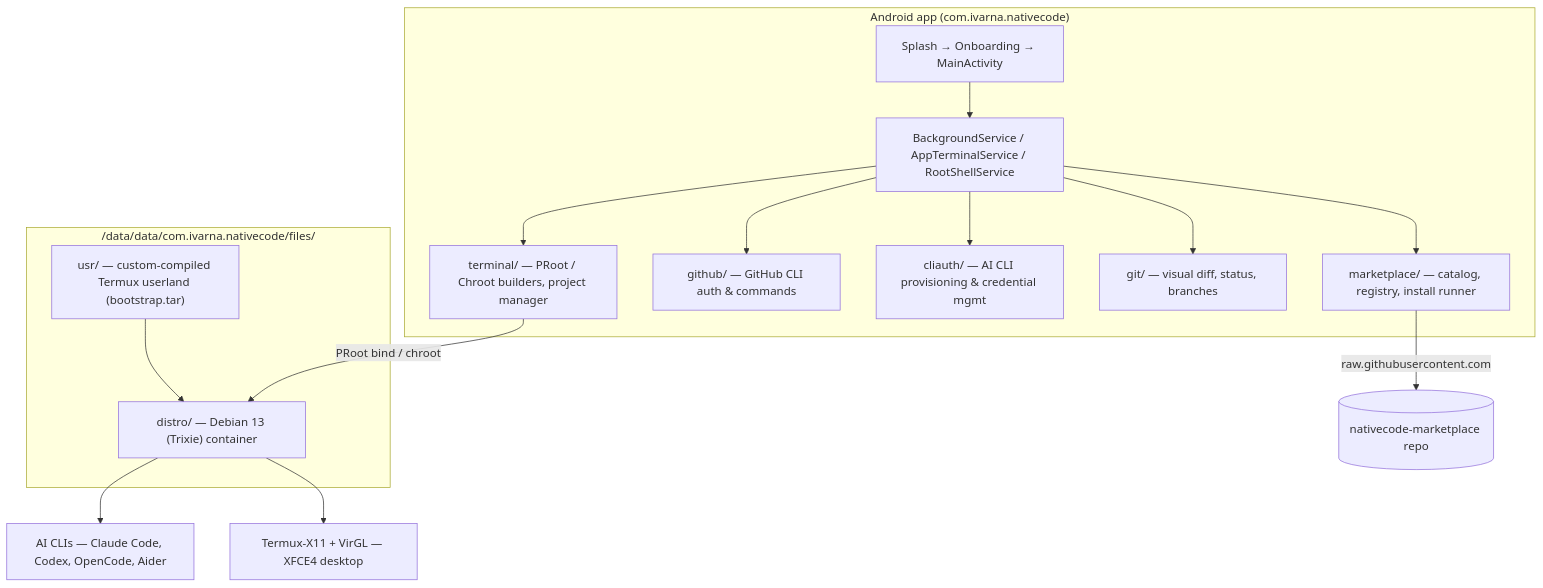
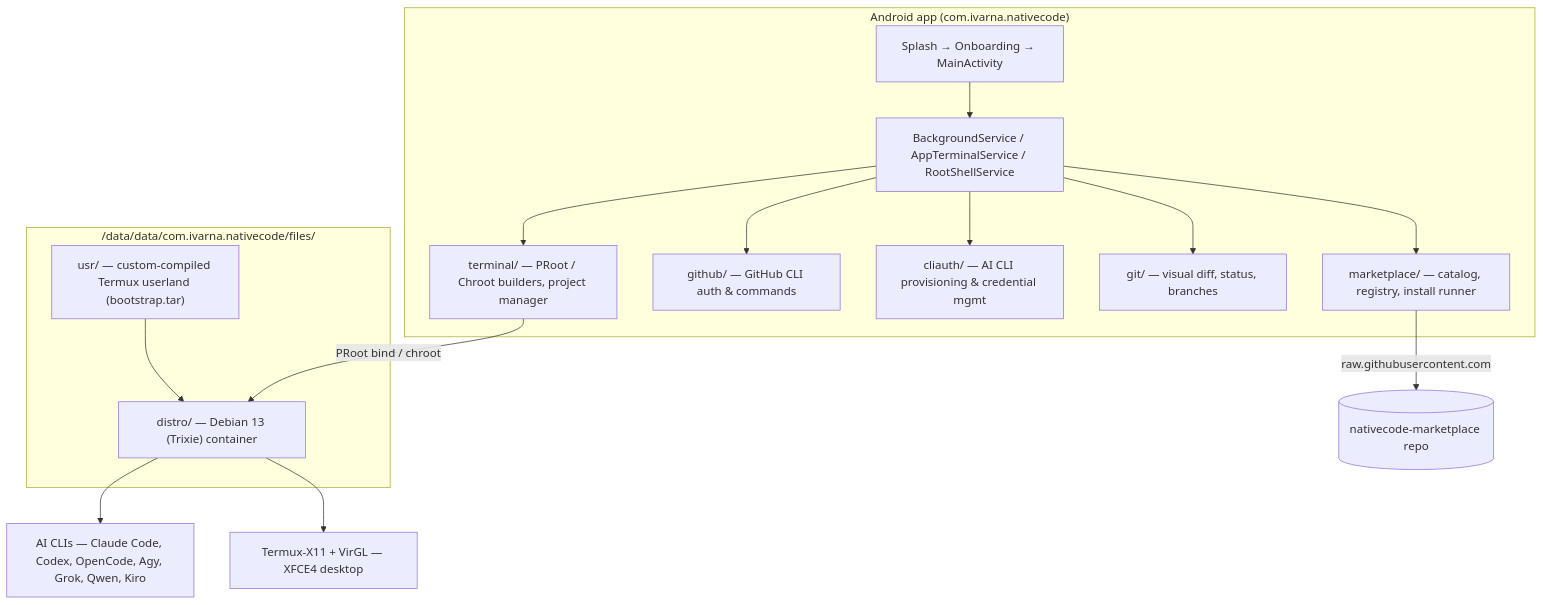
One commit to abhay-byte/nativecode-ai changed the diagram in README.md. Above: the diagram before and after it, drawn with Mermaid. The commit also changed other lines of this file and 31 other files, not shown here.

````diff
--- a/README.md
+++ b/README.md
@@ -77,23 +77,23 @@
 ```mermaid
 flowchart TB
     subgraph App["Android app (com.ivarna.nativecode)"]
         UI["Splash → Onboarding → MainActivity"]
         UI --> Services["BackgroundService / AppTerminalService / RootShellService"]
         Services --> MKT["marketplace/ — catalog, registry, install runner"]
         Services --> GH["github/ — GitHub CLI auth & commands"]
         Services --> AUTH["cliauth/ — AI CLI provisioning & credential mgmt"]
         Services --> GIT["git/ — visual diff, status, branches"]
         Services --> TERM["terminal/ — PRoot / Chroot builders, project manager"]
     end
 
     subgraph Storage["/data/data/com.ivarna.nativecode/files/"]
         USER["usr/ — custom-compiled Termux userland (bootstrap.tar)"]
         DISTRO["distro/ — Debian 13 (Trixie) container"]
     end
 
     MKT -->|raw.githubusercontent.com| MP[(nativecode-marketplace repo)]
     TERM -->|PRoot bind / chroot| DISTRO
     USER --> DISTRO
-    DISTRO --> AI["AI CLIs — Claude Code, Codex, OpenCode, Aider"]
+    DISTRO --> AI["AI CLIs — Claude Code, Codex, OpenCode, Agy, Grok, Qwen, Kiro"]
     DISTRO --> X11["Termux-X11 + VirGL — XFCE4 desktop"]
 ```
````
